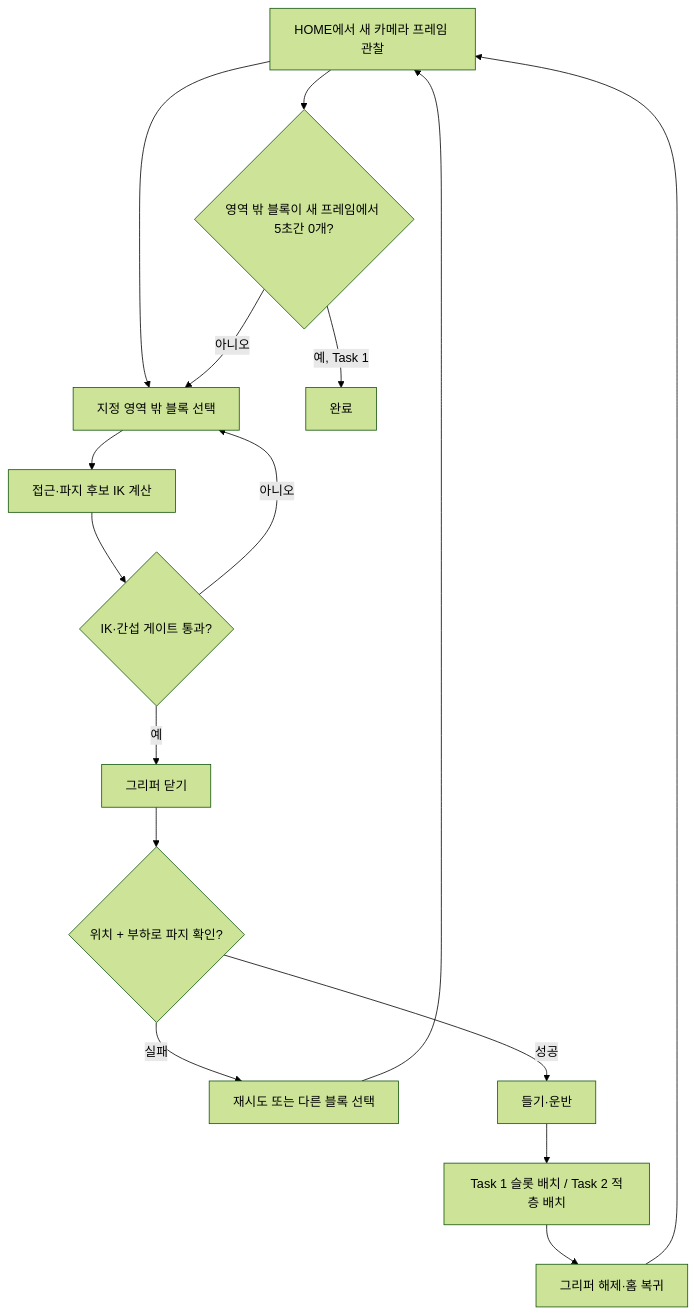
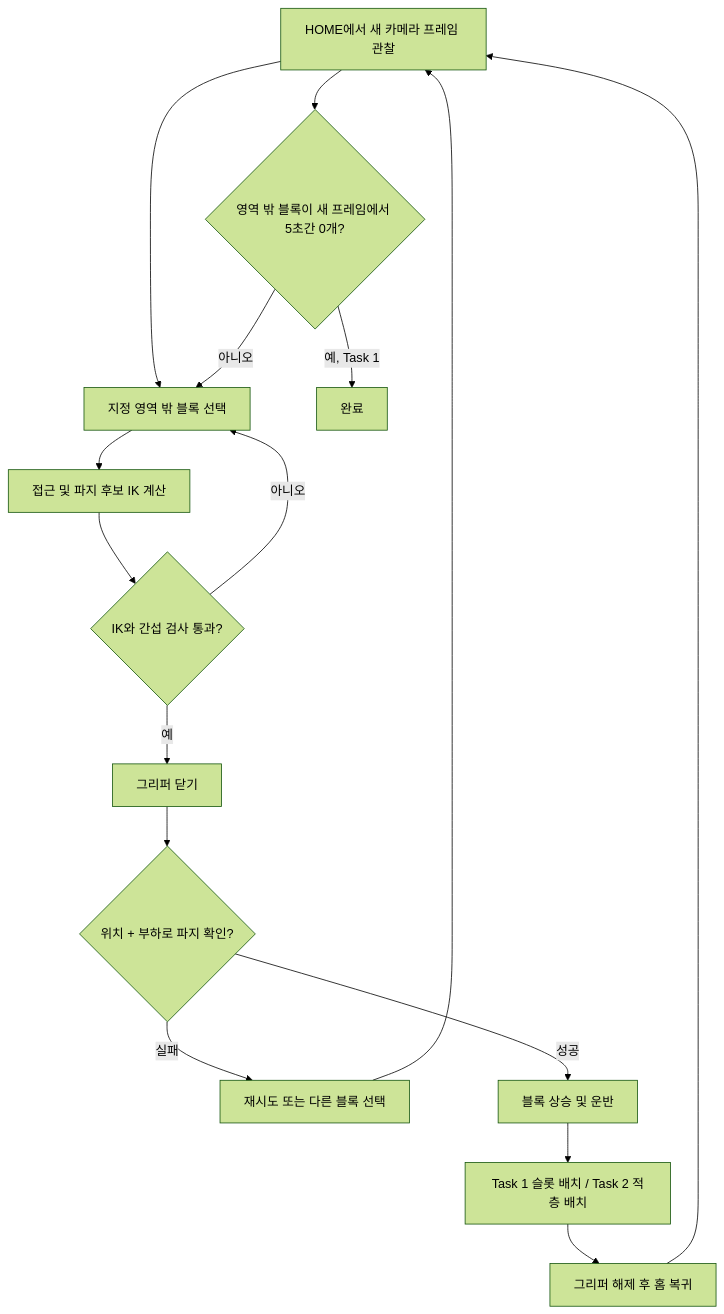
Before and after one commit to capstone-sim2real/lerobot_sim2real: the second of 2 diagrams in README.md, drawn with Mermaid (forest theme). The commit also changed other lines of this file and 6 other files, not shown here.

````diff
--- a/README.md
+++ b/README.md
@@ -94,18 +92,18 @@
 ```mermaid
 flowchart TD
     O[HOME에서 새 카메라 프레임 관찰] --> S[지정 영역 밖 블록 선택]
-    S --> P[접근·파지 후보 IK 계산]
-    P --> K{IK·간섭 게이트 통과?}
+    S --> P[접근 및 파지 후보 IK 계산]
+    P --> K{IK와 간섭 검사 통과?}
     K -- 아니오 --> S
     K -- 예 --> G[그리퍼 닫기]
     G --> V{위치 + 부하로 파지 확인?}
     V -- 실패 --> R[재시도 또는 다른 블록 선택]
     R --> O
-    V -- 성공 --> T[들기·운반]
+    V -- 성공 --> T[블록 상승 및 운반]
     T --> L[Task 1 슬롯 배치 / Task 2 적층 배치]
-    L --> H[그리퍼 해제·홈 복귀]
+    L --> H[그리퍼 해제 후 홈 복귀]
     H --> O
     O --> D{영역 밖 블록이 새 프레임에서 5초간 0개?}
     D -- 예, Task 1 --> E[완료]
     D -- 아니오 --> S
 ```
````
